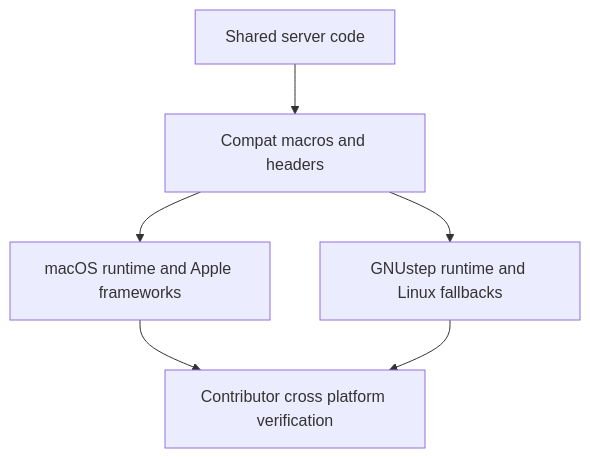
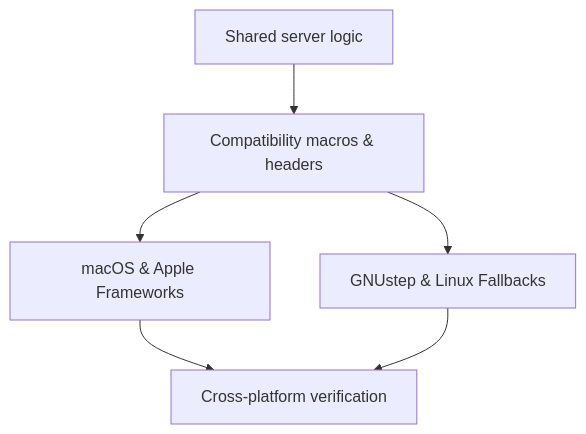
Before and after one commit to jvalinsky/garazyk: the diagram in docs/09-platform-compatibility/macos-linux.md, drawn with Mermaid. The commit also changed other lines of this file and 117 other files, not shown here.

````diff
--- a/docs/09-platform-compatibility/macos-linux.md
+++ b/docs/09-platform-compatibility/macos-linux.md
@@ -13,14 +13,14 @@
 ```mermaid
 flowchart TD
-    Shared["Shared server code"]
-    Compat["Compat macros and headers"]
-    Mac["macOS runtime and Apple frameworks"]
-    Linux["GNUstep runtime and Linux fallbacks"]
-    Verify["Contributor cross platform verification"]
+    Shared["Shared server logic"]
+    Compat["Compatibility macros & headers"]
+    Mac["macOS & Apple Frameworks"]
+    Linux["GNUstep & Linux Fallbacks"]
+    Verify["Cross-platform verification"]
 
     Shared --> Compat
     Compat --> Mac
     Compat --> Linux
     Mac --> Verify
     Linux --> Verify
 ```
````
